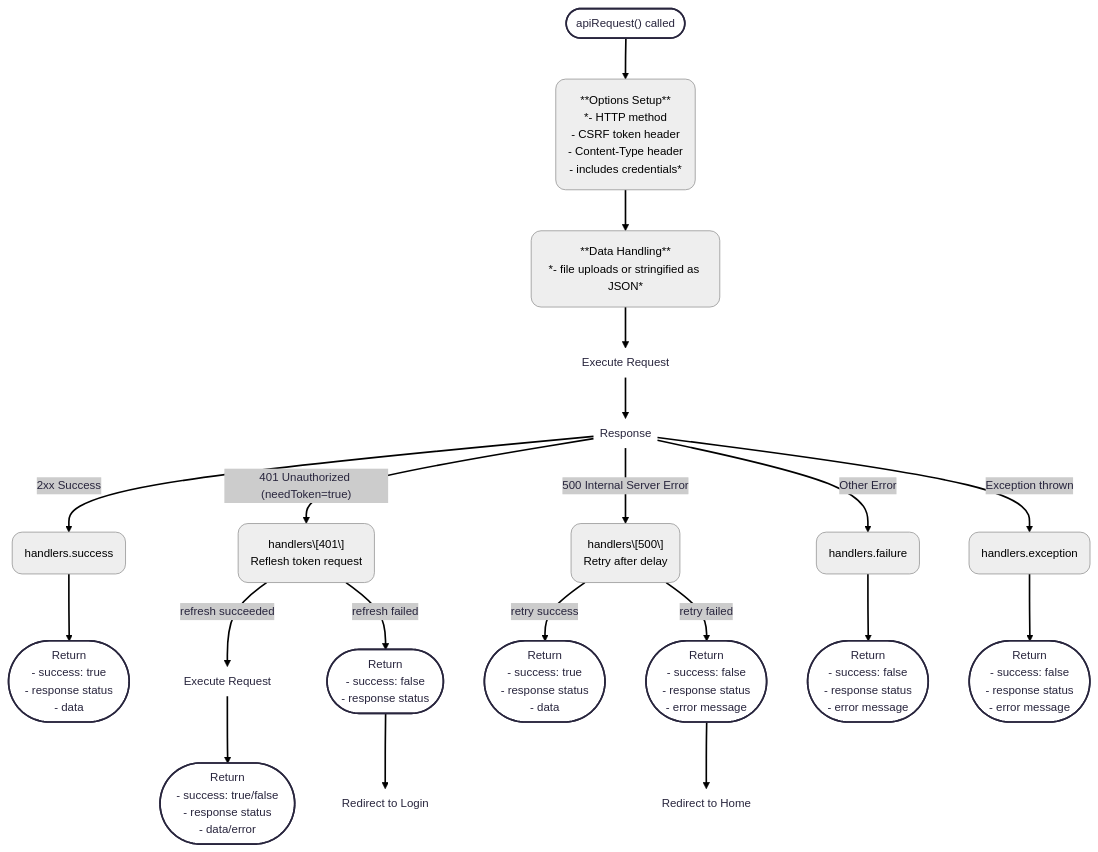
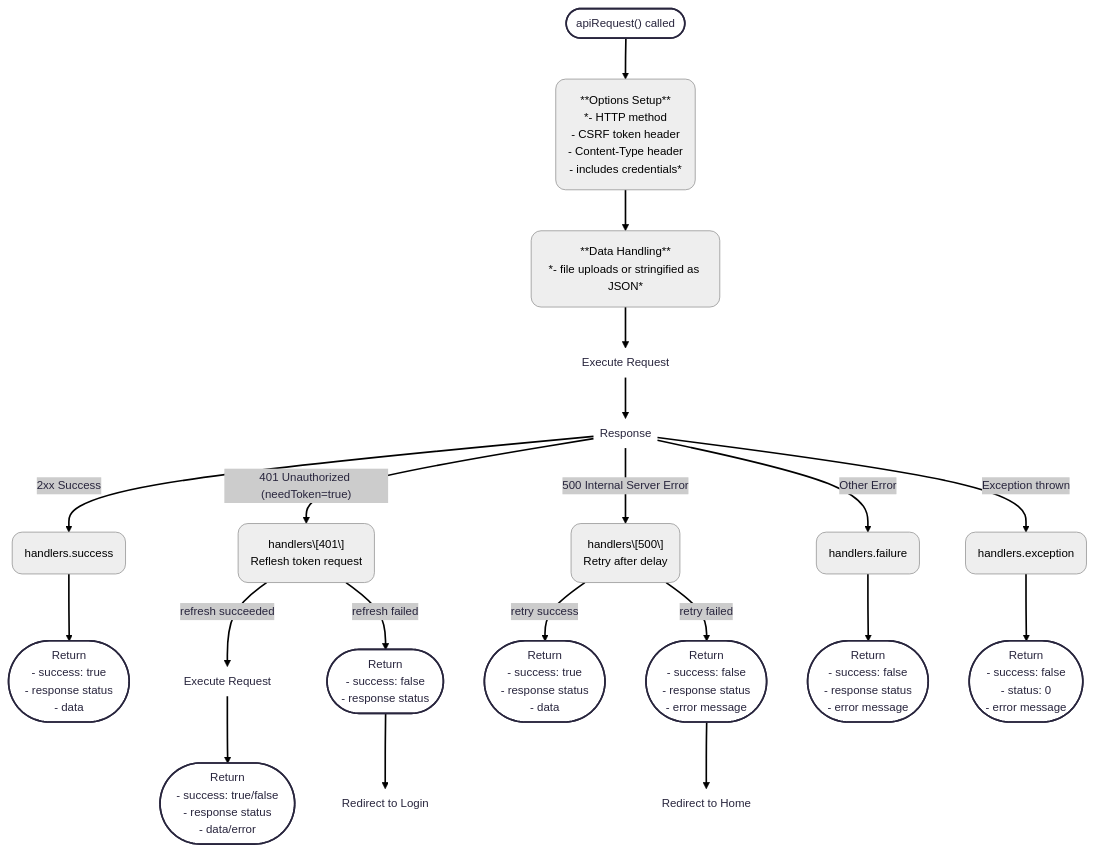
Before and after one commit to ysengoku/42-ft_transcendence: the diagram in doc/front/API_REQUEST.md, drawn with Mermaid. The commit also changed 4 other files, not shown here.

````diff
--- a/doc/front/API_REQUEST.md
+++ b/doc/front/API_REQUEST.md
@@ -99,48 +99,48 @@
 ```mermaid
 ---
 config:
   layout: dagre
   look: classic
   theme: redux
 ---
 flowchart TD
     A(["apiRequest() called"]) --> B("**Options Setup**<br/>*- HTTP method<br/>- CSRF token header<br/>- Content-Type header<br/>- includes credentials*")
     B --> C("**Data Handling**<br/>*- file uploads or stringified as JSON*")
     C --> D["Execute Request"]
     D --> E["Response"]
 
     E -- 2xx Success --> F("handlers.success")
     F --> M([Return<br/>- success: true<br/>- response status<br/>- data])
 
     E -- "401 Unauthorized (needToken=true)" --> G("handlers\[401\]<br/>Reflesh token request")
     G -->|refresh succeeded| R["Execute Request"]
     R --> S(["Return<br/>- success: true/false<br/>- response status<br/>- data/error"])
     G -->|refresh failed| K(["Return<br/>- success: false<br/>- response status"])
 		K --> P["Redirect to Login"]
 
     E -- 500 Internal Server Error --> H("handlers\[500\]<br/>Retry after delay")
     H -- retry success --> U(["Return<br/>- success: true<br/>- response status<br/>- data"])
     H -- retry failed --> L(["Return<br/>- success: false<br/>- response status<br/>- error message"])
     L --> Q["Redirect to Home"]
 
 
     E -->|"Other Error"| I("handlers.failure")
     I --> N(["Return<br/>- success: false<br/>- response status<br/>- error message"])
 
     E -- Exception thrown --> J("handlers.exception")
-    J --> O(["Return<br/>- success: false<br/>- response status<br/>- error message"])
+    J --> O(["Return<br/>- success: false<br/>- status: 0<br/>- error message"])
 
     D@{ shape: text }
     E@{ shape: text }
 		P@{ shape: text }
 		Q@{ shape: text }
     R@{ shape: text }
     B:::Ash
     C:::Ash
     F:::Ash
 		G:::Ash
 		H:::Ash
 		I:::Ash
     J:::Ash
     classDef Ash stroke-width:1px, stroke-dasharray:none, stroke:#999999, fill:#EEEEEE, color:#000000
 ```
````
